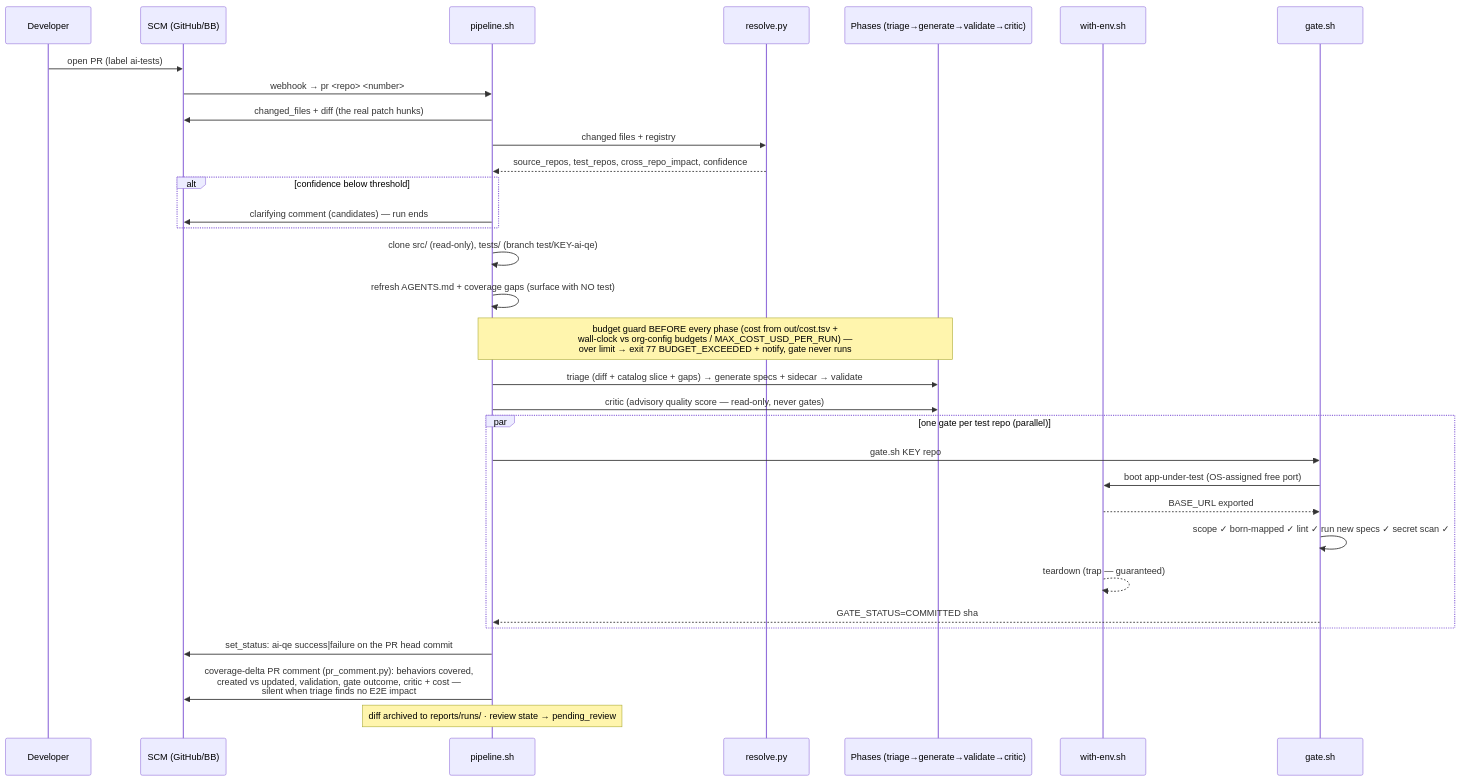
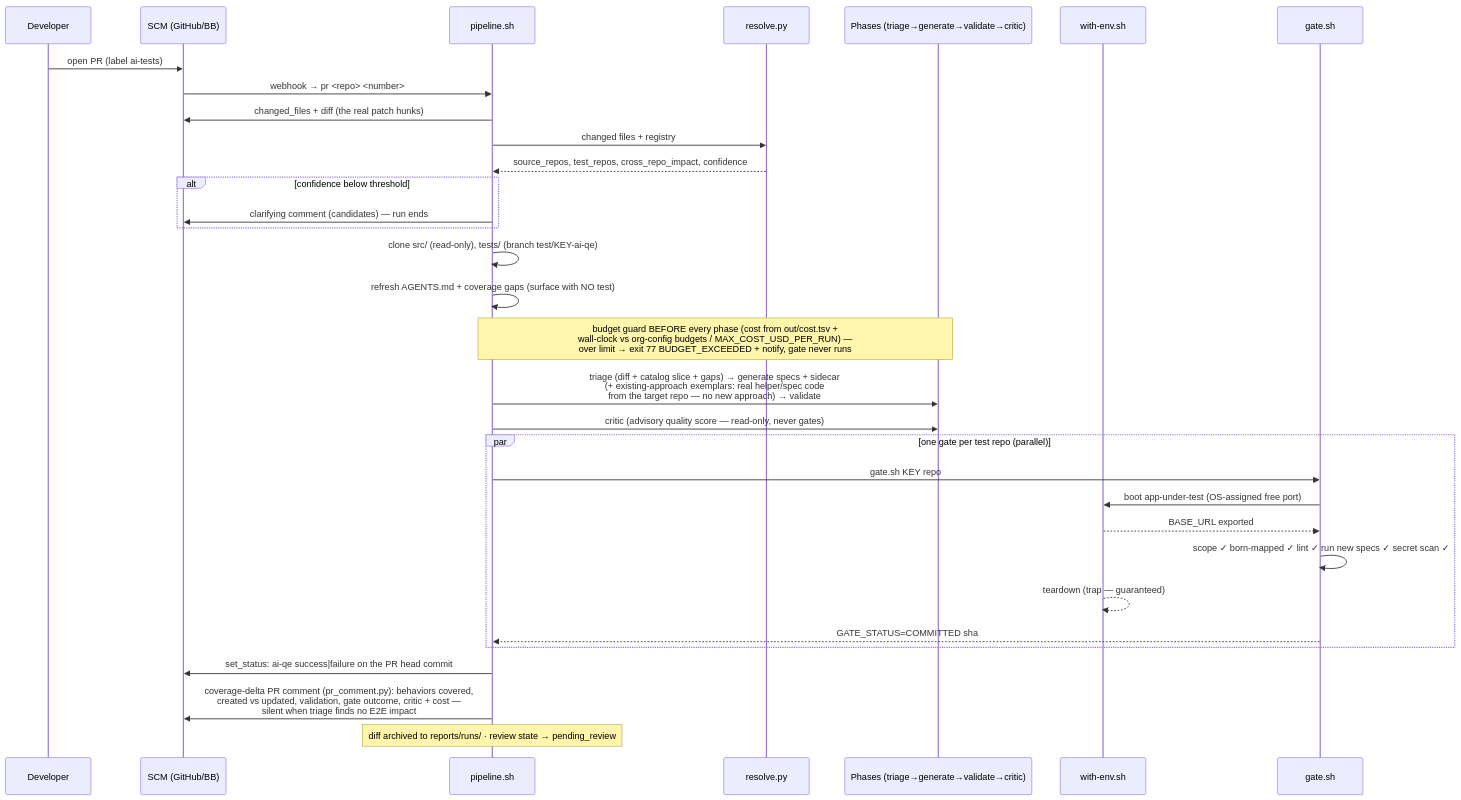
The third of 15 diagrams in docs/diagrams.md (anandtopu/auto-tests-gen), drawn with Mermaid before and after one commit. The commit also changed other lines of this file and 26 other files, not shown here.

First line of the commit message:
feat: generated tests follow the target repo's EXISTING approach

````diff
--- a/docs/diagrams.md
+++ b/docs/diagrams.md
@@ -78,35 +78,35 @@
 ```mermaid
 sequenceDiagram
     participant Dev as Developer
     participant SCM as SCM (GitHub/BB)
     participant P as pipeline.sh
     participant RES as resolve.py
     participant LLM as Phases (triage→generate→validate→critic)
     participant ENV as with-env.sh
     participant G as gate.sh
 
     Dev->>SCM: open PR (label ai-tests)
     SCM->>P: webhook → pr <repo> <number>
     P->>SCM: changed_files + diff (the real patch hunks)
     P->>RES: changed files + registry
     RES-->>P: source_repos, test_repos, cross_repo_impact, confidence
     alt confidence below threshold
         P->>SCM: clarifying comment (candidates) — run ends
     end
     P->>P: clone src/ (read-only), tests/ (branch test/KEY-ai-qe)
     P->>P: refresh AGENTS.md + coverage gaps (surface with NO test)
     Note over P,LLM: budget guard BEFORE every phase (cost from out/cost.tsv +<br/>wall-clock vs org-config budgets / MAX_COST_USD_PER_RUN) —<br/>over limit → exit 77 BUDGET_EXCEEDED + notify, gate never runs
-    P->>LLM: triage (diff + catalog slice + gaps) → generate specs + sidecar → validate
+    P->>LLM: triage (diff + catalog slice + gaps) → generate specs + sidecar<br/>(+ existing-approach exemplars: real helper/spec code<br/>from the target repo — no new approach) → validate
     P->>LLM: critic (advisory quality score — read-only, never gates)
     par one gate per test repo (parallel)
         P->>G: gate.sh KEY repo
         G->>ENV: boot app-under-test (OS-assigned free port)
         ENV-->>G: BASE_URL exported
         G->>G: scope ✓ born-mapped ✓ lint ✓ run new specs ✓ secret scan ✓
         ENV-->>ENV: teardown (trap — guaranteed)
         G-->>P: GATE_STATUS=COMMITTED sha
     end
     P->>SCM: set_status: ai-qe success|failure on the PR head commit
     P->>SCM: coverage-delta PR comment (pr_comment.py): behaviors covered,<br/>created vs updated, validation, gate outcome, critic + cost —<br/>silent when triage finds no E2E impact
     Note over P: diff archived to reports/runs/ · review state → pending_review
 ```
````
